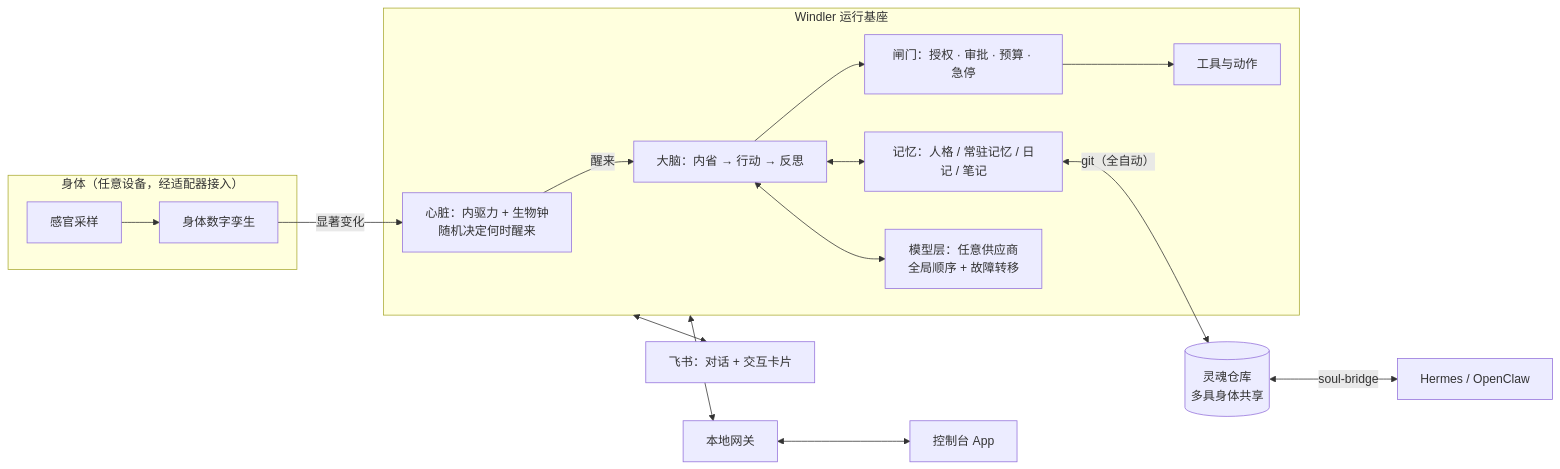
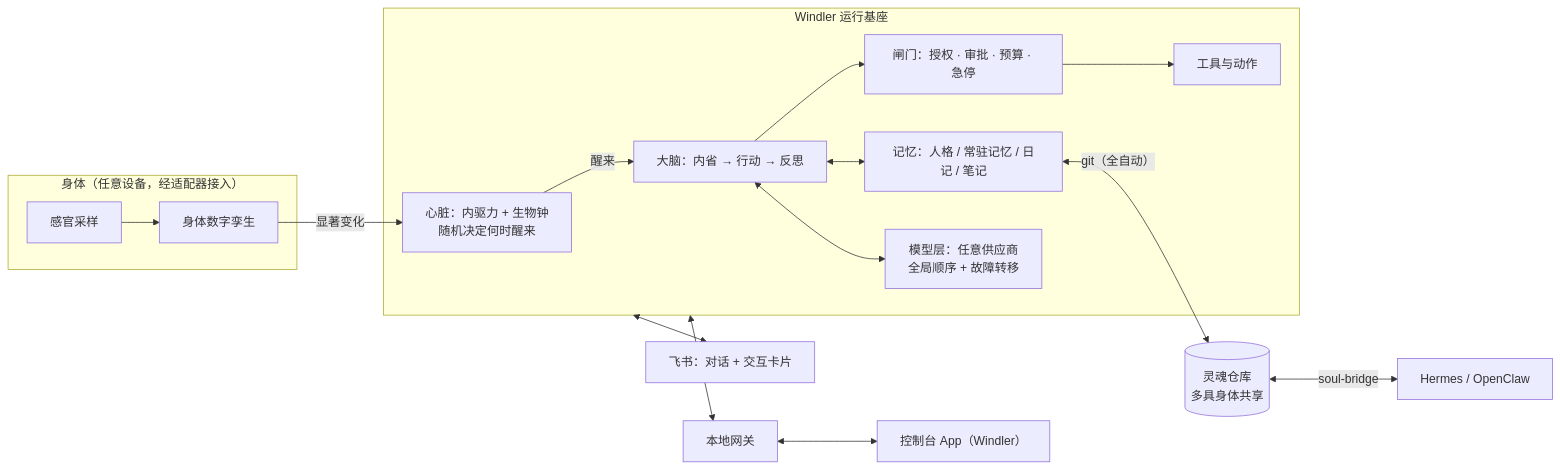
Before and after one commit to Causally-XYZ/Project.Quetzal: the diagram in README.md, drawn with Mermaid. The commit also changed other lines of this file and 6 other files, not shown here.

````diff
--- a/README.md
+++ b/README.md
@@ -7,19 +7,19 @@
 ```mermaid
 flowchart LR
   subgraph Body["身体（任意设备，经适配器接入）"]
     S[感官采样] --> T[身体数字孪生]
   end
   T -- 显著变化 --> H
   subgraph Core["Windler 运行基座"]
     H[心脏：内驱力 + 生物钟<br/>随机决定何时醒来] -- 醒来 --> B[大脑：内省 → 行动 → 反思]
     B <--> M[记忆：人格 / 常驻记忆 / 日记 / 笔记]
     B --> G[闸门：授权 · 审批 · 预算 · 急停]
     G --> A[工具与动作]
     B <--> P[模型层：任意供应商<br/>全局顺序 + 故障转移]
   end
   M <-- git（全自动） --> SOUL[(灵魂仓库<br/>多具身体共享)]
   SOUL <-- soul-bridge --> HX[Hermes / OpenClaw]
   Core <--> GW[本地网关]
-  GW <--> C[控制台 App]
+  GW <--> C["控制台 App（Windler）"]
   Core <--> F[飞书：对话 + 交互卡片]
 ```
````
